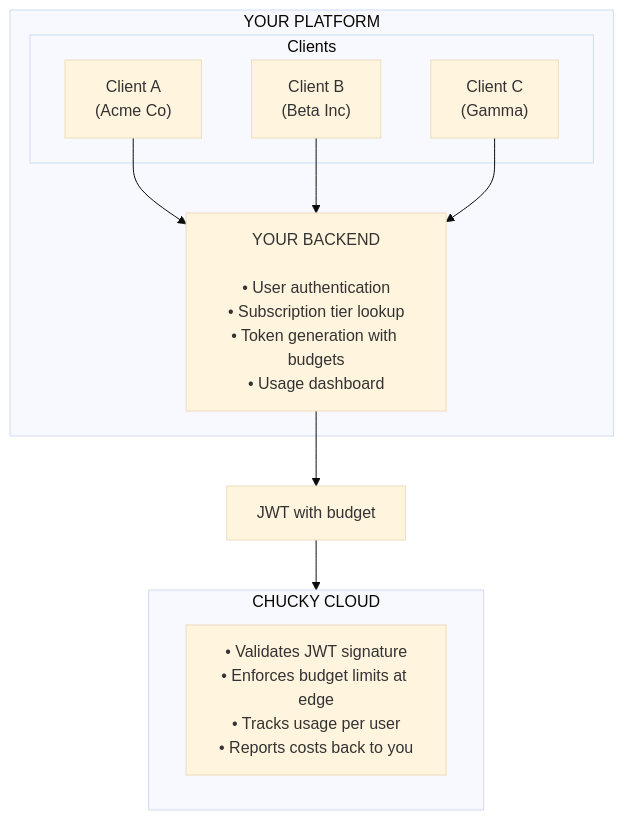
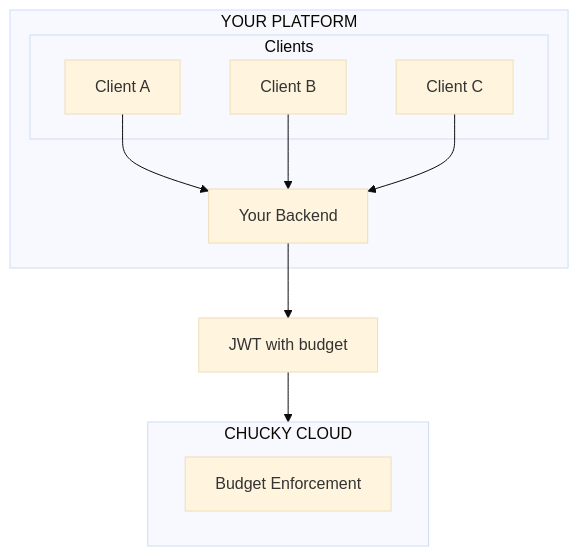
Before and after one commit to centyso-dev/docs: the diagram in use-cases/white-label.mdx, drawn with Mermaid (base theme). The commit also changed 6 other files, not shown here.

First line of the commit message:
fix: simplify Mermaid diagrams - remove unsupported \n

````diff
--- a/use-cases/white-label.mdx
+++ b/use-cases/white-label.mdx
@@ -19,24 +19,24 @@
 ```mermaid
 flowchart TB
     subgraph platform["YOUR PLATFORM"]
         subgraph clients["Clients"]
-            clientA["Client A\n(Acme Co)"]
-            clientB["Client B\n(Beta Inc)"]
-            clientC["Client C\n(Gamma)"]
+            clientA["Client A"]
+            clientB["Client B"]
+            clientC["Client C"]
         end
 
-        backend["YOUR BACKEND\n\n• User authentication\n• Subscription tier lookup\n• Token generation with budgets\n• Usage dashboard"]
+        backend["Your Backend"]
 
         clientA --> backend
         clientB --> backend
         clientC --> backend
     end
 
     jwt["JWT with budget"]
 
     subgraph cloud["CHUCKY CLOUD"]
-        services["• Validates JWT signature\n• Enforces budget limits at edge\n• Tracks usage per user\n• Reports costs back to you"]
+        services["Budget Enforcement"]
     end
 
     backend --> jwt --> cloud
 ```
````
